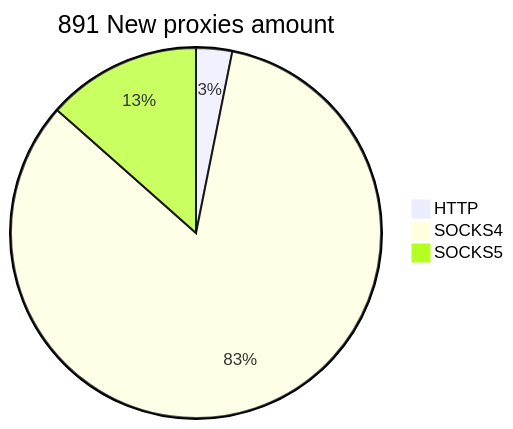
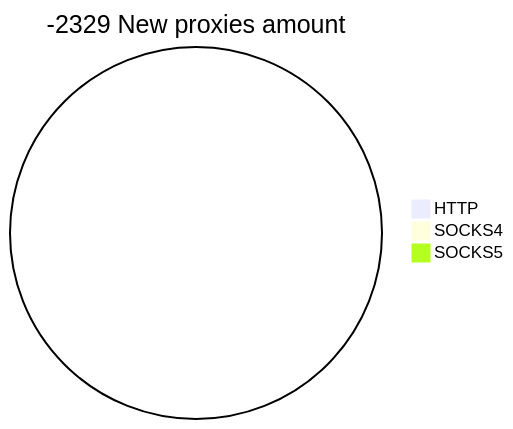
The second of 2 diagrams in README.md (cutipu/proxylist), drawn with Mermaid before and after one commit. The commit also changed other lines of this file, not shown here.

````diff
--- a/README.md
+++ b/README.md
@@ -10,6 +10,6 @@
 ```mermaid
-pie title 891 New proxies amount
-    "HTTP" : 28
-    "SOCKS4" : 743
-    "SOCKS5" : 120
+pie title -2329 New proxies amount
+    "HTTP" : 0
+    "SOCKS4" : 0
+    "SOCKS5" : 0
 ```
````
